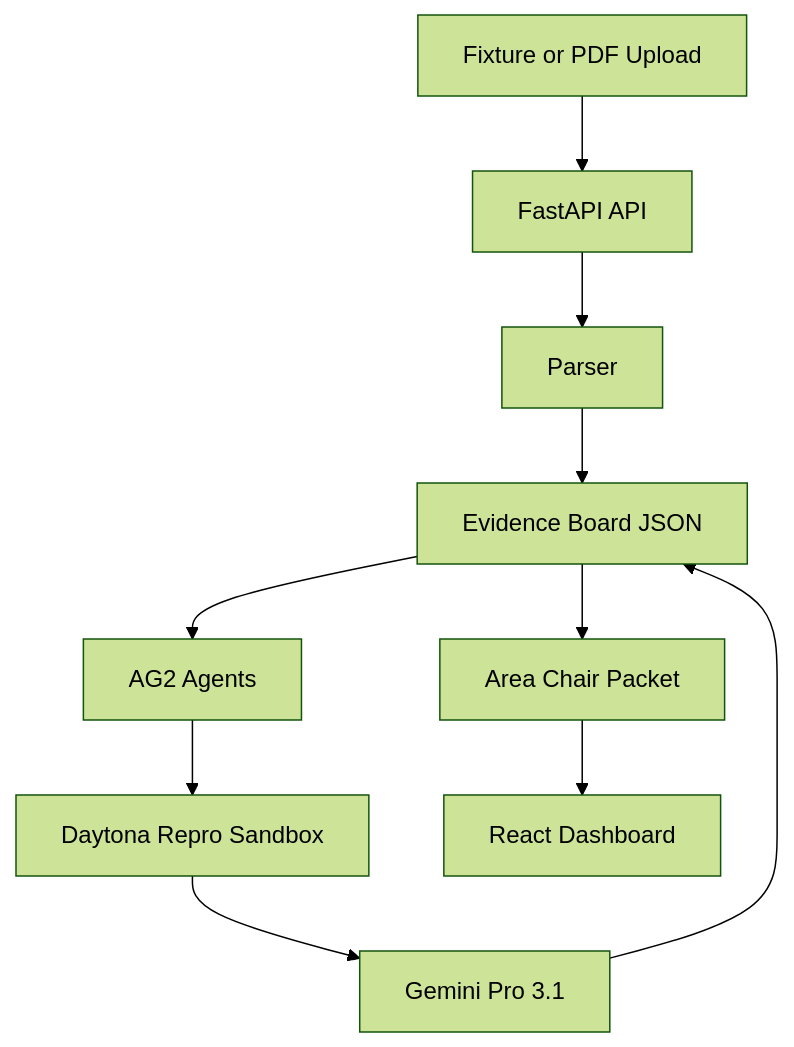
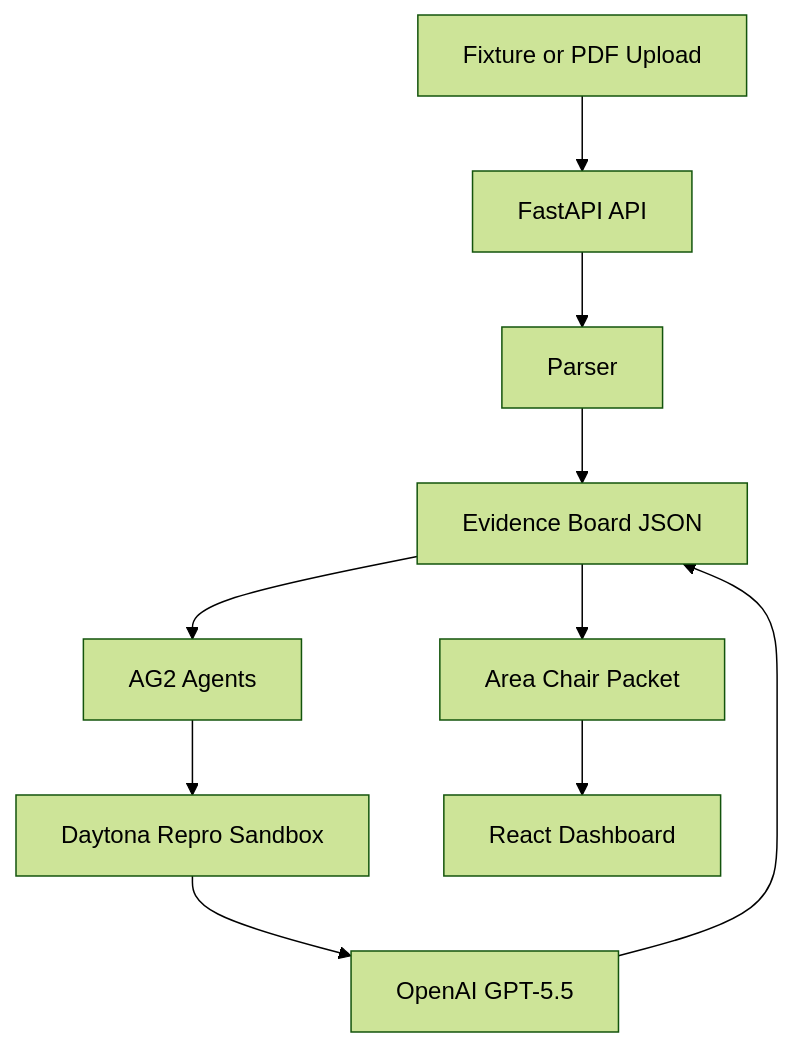
The diagram in docs/architecture.md (hery-2006/RefereeOS), drawn with Mermaid (forest theme) before and after one commit. The commit also changed 12 other files, not shown here.

Commit message:
Switch sandbox interpretation to OpenAI GPT-5.5

````diff
--- a/docs/architecture.md
+++ b/docs/architecture.md
@@ -3,12 +3,12 @@
 ```mermaid
 flowchart TD
     A[Fixture or PDF Upload] --> B[FastAPI API]
     B --> C[Parser]
     C --> D[Evidence Board JSON]
     D --> E[AG2 Agents]
     E --> F[Daytona Repro Sandbox]
-    F --> G[Gemini Pro 3.1]
+    F --> G[OpenAI GPT-5.5]
     G --> D
     D --> H[Area Chair Packet]
     H --> I[React Dashboard]
 ```
````
